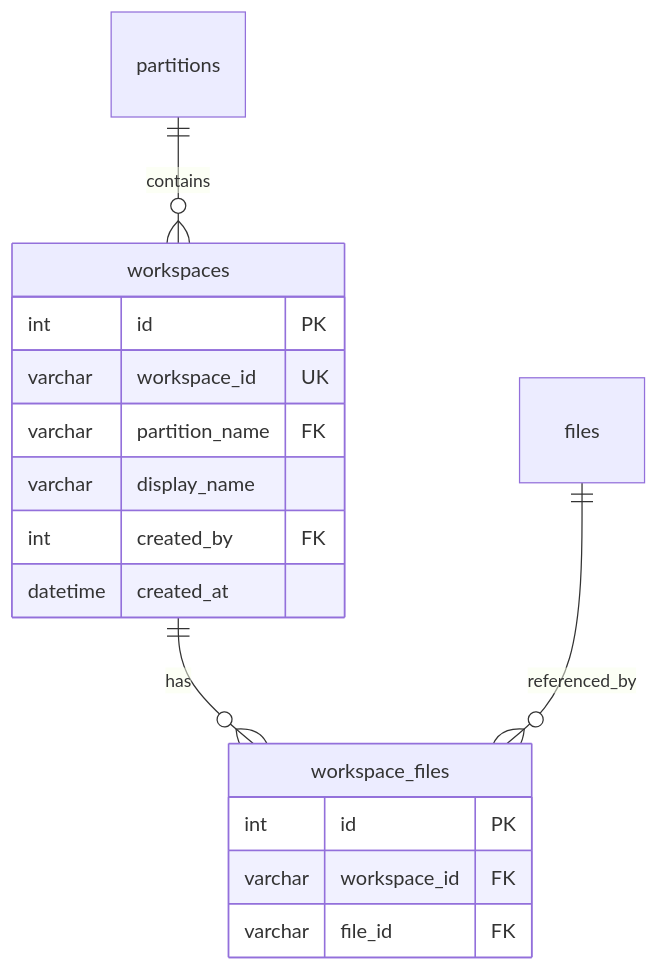
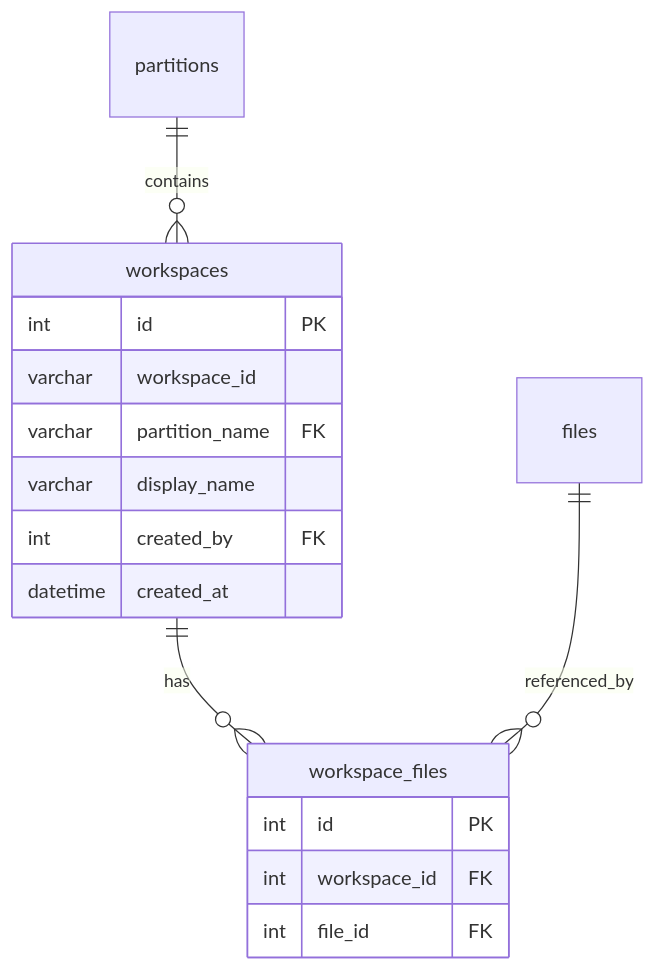
One commit to linagora/openrag changed the first of 2 diagrams in docs/content/docs/documentation/workspaces.md. Above: the diagram before and after it, drawn with Mermaid. The commit also changed other lines of this file and 2 other files, not shown here.

Commit message:
docs(workspaces): Document per-partition workspace ids

````diff
--- a/docs/content/docs/documentation/workspaces.md
+++ b/docs/content/docs/documentation/workspaces.md
@@ -22,21 +22,21 @@
 ```mermaid
 erDiagram
     partitions ||--o{ workspaces : contains
     workspaces ||--o{ workspace_files : has
     files ||--o{ workspace_files : referenced_by
 
     workspaces {
         int id PK
-        varchar workspace_id UK
+        varchar workspace_id
         varchar partition_name FK
         varchar display_name
         int created_by FK
         datetime created_at
     }
 
     workspace_files {
         int id PK
-        varchar workspace_id FK
-        varchar file_id FK
+        int workspace_id FK
+        int file_id FK
     }
 ```
````
